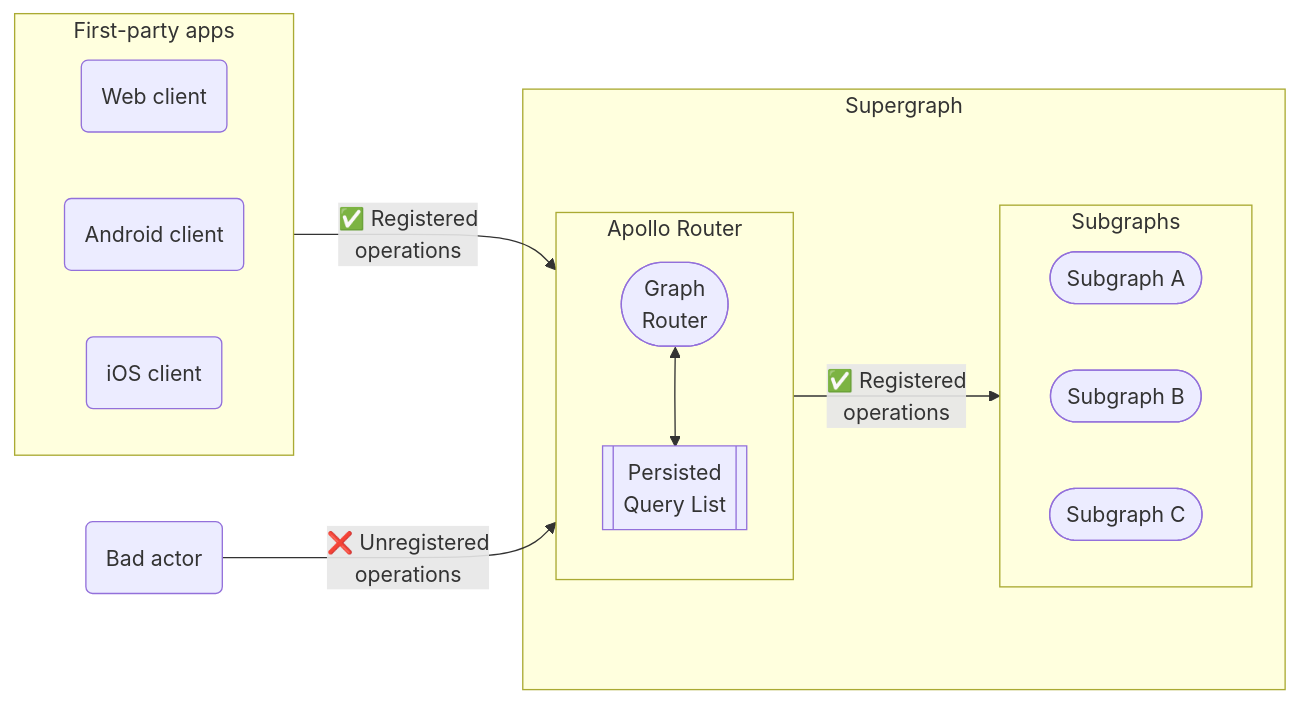
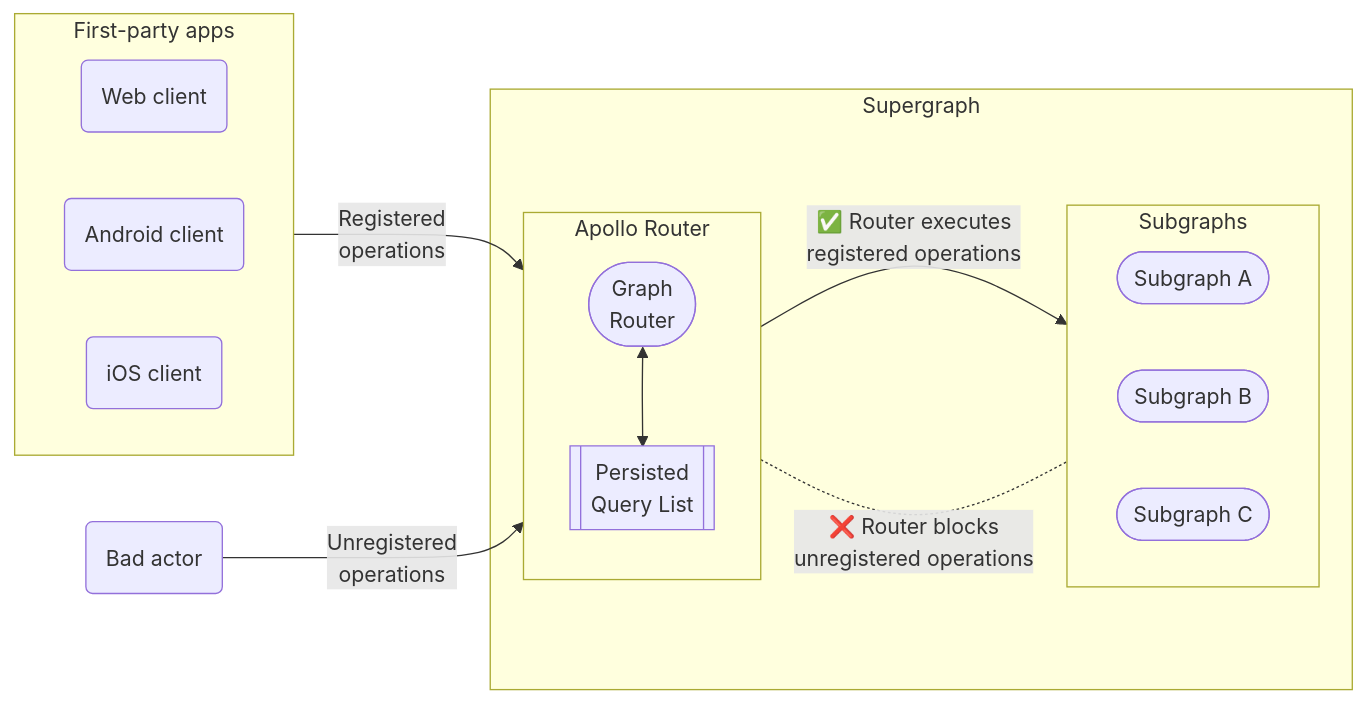
The second of 2 diagrams in src/content/shared/pq-intro.mdx (apollographql/docs), drawn with Mermaid before and after one commit. The commit also changed other lines of this file, not shown here.

````diff
--- a/src/content/shared/pq-intro.mdx
+++ b/src/content/shared/pq-intro.mdx
@@ -21,29 +21,30 @@
 ```mermaid
 flowchart LR
 
 subgraph Apps["First-party apps"]
   direction LR
   webClient("Web client");
   androidClient("Android client");
   iosClient("iOS client");
 end
 bad("Bad actor")
 subgraph Supergraph["Supergraph"]
 subgraph Router["Apollo Router"]
 direction TB
 router(["Graph<br/>Router"]);
 pql[[Persisted<br/>Query List]];
 router <--> pql
 end
 subgraph Subgraphs
 direction LR
 api1(["Subgraph A"]);
 api2(["Subgraph B"]);
 api3(["Subgraph C"]);
 end
 end
-Apps -->|"✅ Registered<br/> operations"| Router
-bad -->|"❌ Unregistered<br/> operations"| Router
-Router -->|"✅ Registered<br/> operations"| Subgraphs
+Apps -->|"Registered<br/> operations"| Router
+bad -->|"Unregistered<br/> operations"| Router
+Router -->|"✅ Router executes <br/>registered operations"| Subgraphs
+Router -.-|"❌ Router blocks <br/>unregistered operations"| Subgraphs
 class bad secondary;
 ```
````
